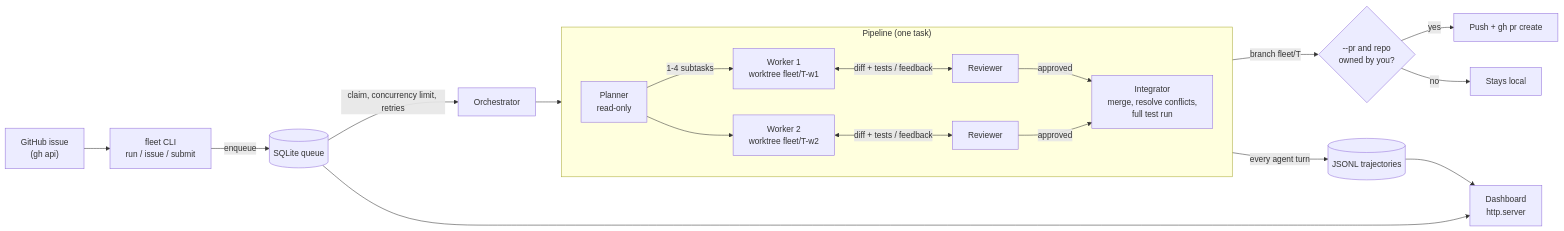
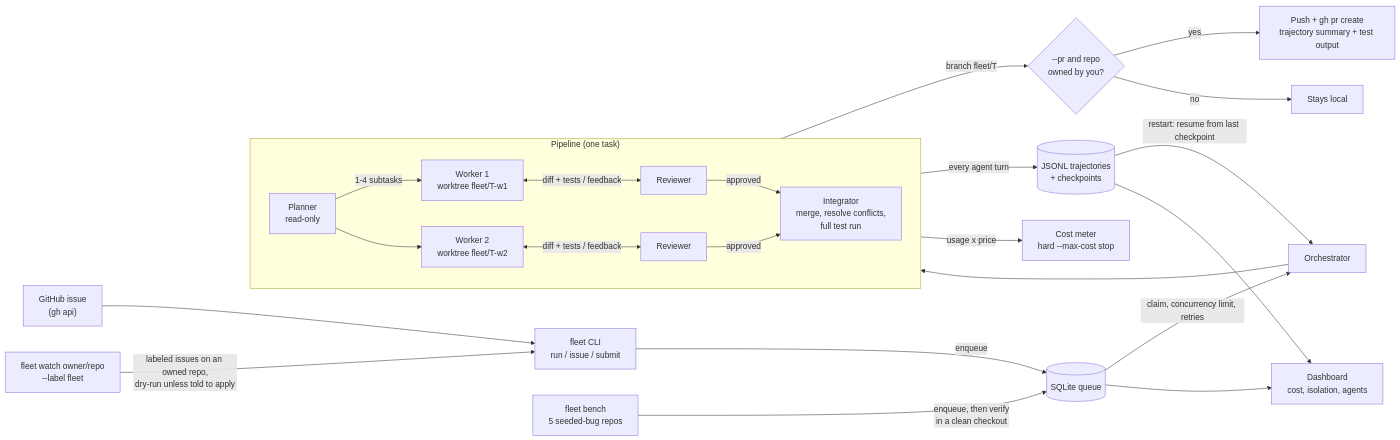
One commit to sakshamchitkara-dotcom/agent-fleet changed the first of 2 diagrams in README.md. Above: the diagram before and after it, drawn with Mermaid. The commit also changed other lines of this file, not shown here.

First line of the commit message:
docs: README covers jails, repo index, cost budgets, resume, bench and watch

````diff
--- a/README.md
+++ b/README.md
@@ -21,24 +34,28 @@
 ```mermaid
 flowchart LR
     CLI["fleet CLI<br/>run / issue / submit"] -->|enqueue| Q[(SQLite queue)]
     GH["GitHub issue<br/>(gh api)"] --> CLI
+    WATCH["fleet watch owner/repo<br/>--label fleet"] -->|"labeled issues on an owned repo,<br/>dry-run unless told to apply"| CLI
+    BENCH["fleet bench<br/>5 seeded-bug repos"] -->|enqueue, then verify<br/>in a clean checkout| Q
     Q -->|claim, concurrency limit, retries| O[Orchestrator]
     O --> P
 
     subgraph P["Pipeline (one task)"]
         direction LR
         PL["Planner<br/>read-only"] -->|1-4 subtasks| W1["Worker 1<br/>worktree fleet/T-w1"]
         PL --> W2["Worker 2<br/>worktree fleet/T-w2"]
         W1 <-->|diff + tests / feedback| R1[Reviewer]
         W2 <-->|diff + tests / feedback| R2[Reviewer]
         R1 -->|approved| I["Integrator<br/>merge, resolve conflicts,<br/>full test run"]
         R2 -->|approved| I
     end
 
-    P -->|every agent turn| T[("JSONL trajectories")]
-    T --> D["Dashboard<br/>http.server"]
+    P -->|every agent turn| T[("JSONL trajectories<br/>+ checkpoints")]
+    T -->|restart: resume from last checkpoint| O
+    P -->|usage x price| M["Cost meter<br/>hard --max-cost stop"]
+    T --> D["Dashboard<br/>cost, isolation, agents"]
     Q --> D
     I -->|branch fleet/T| B{--pr and repo<br/>owned by you?}
-    B -->|yes| PR[Push + gh pr create]
+    B -->|yes| PR["Push + gh pr create<br/>trajectory summary + test output"]
     B -->|no| L[Stays local]
 ```
````
